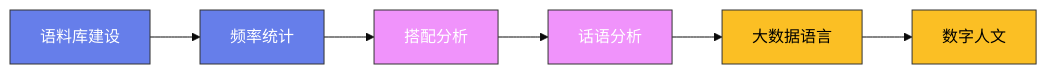
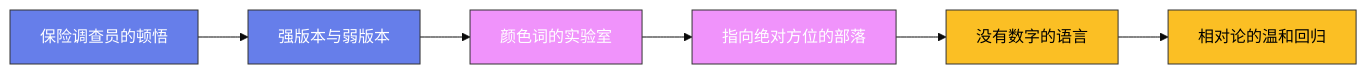
Before and after one commit to Fengur/Fengur.github.io: the diagram in content/posts/ModelCreate/语言学/18-语言与思维.md, drawn with Mermaid (base theme). The commit also changed other lines of this file and 505 other files, not shown here.

First line of the commit message:
content(blog): ModelCreate 全站质量修复——front matter 补全、占位图修复、事实错误修正、注水文重写

````diff
--- a/content/posts/ModelCreate/语言学/18-语言与思维.md
+++ b/content/posts/ModelCreate/语言学/18-语言与思维.md
@@ -39,16 +42,23 @@
 ```mermaid
 graph LR
-    A["语料库建设"] --> B["频率统计"]
-    B --> C["搭配分析"]
-    C --> D["话语分析"]
-    D --> E["大数据语言"]
-    E --> F["数字人文"]
+    A["保险调查员的顿悟"]
+    B["强版本与弱版本"]
+    C["颜色词的实验室"]
+    D["指向绝对方位的部落"]
+    E["没有数字的语言"]
+    F["相对论的温和回归"]
+
+    A --> B
+    B --> C
+    C --> D
+    D --> E
+    E --> F
 
     classDef early fill:#667eea,stroke:#333,color:white
     classDef mid fill:#f093fb,stroke:#333,color:white
     classDef modern fill:#fbbf24,stroke:#333,color:black
 
     class A,B early
     class C,D mid
     class E,F modern
 ```
````
